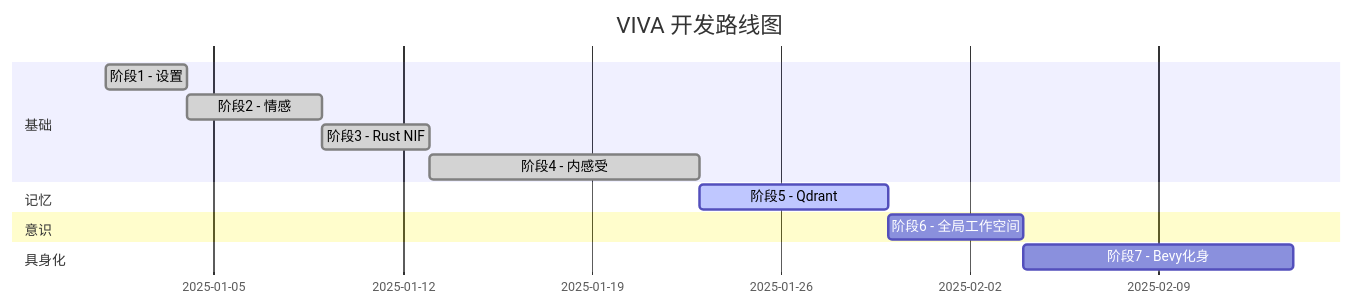
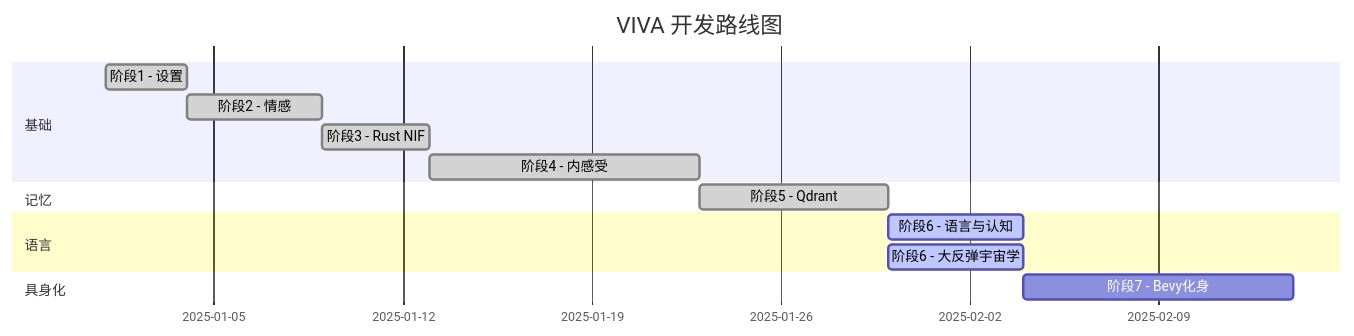
Before and after one commit to gabrielmaialva33/viva: the third of 4 diagrams in docs/zh-cn/explanation/project-status.md, drawn with Mermaid. The commit also changed other lines of this file and 2 other files, not shown here.

````diff
--- a/docs/zh-cn/explanation/project-status.md
+++ b/docs/zh-cn/explanation/project-status.md
@@ -107,20 +107,21 @@
 ```mermaid
 gantt
     title VIVA 开发路线图
     dateFormat YYYY-MM-DD
 
     section 基础
     阶段1 - 设置          :done, p1, 2025-01-01, 3d
     阶段2 - 情感          :done, p2, after p1, 5d
     阶段3 - Rust NIF      :done, p3, after p2, 4d
     阶段4 - 内感受        :done, p4, after p3, 10d
 
     section 记忆
-    阶段5 - Qdrant        :active, p5, after p4, 7d
+    阶段5 - Qdrant        :done, p5, after p4, 7d
 
-    section 意识
-    阶段6 - 全局工作空间   :p6, after p5, 5d
+    section 语言
+    阶段6 - 语言与认知    :active, p6, after p5, 5d
+    阶段6 - 大反弹宇宙学  :active, p6b, after p5, 5d
 
     section 具身化
     阶段7 - Bevy化身      :p7, after p6, 10d
 ```
````
